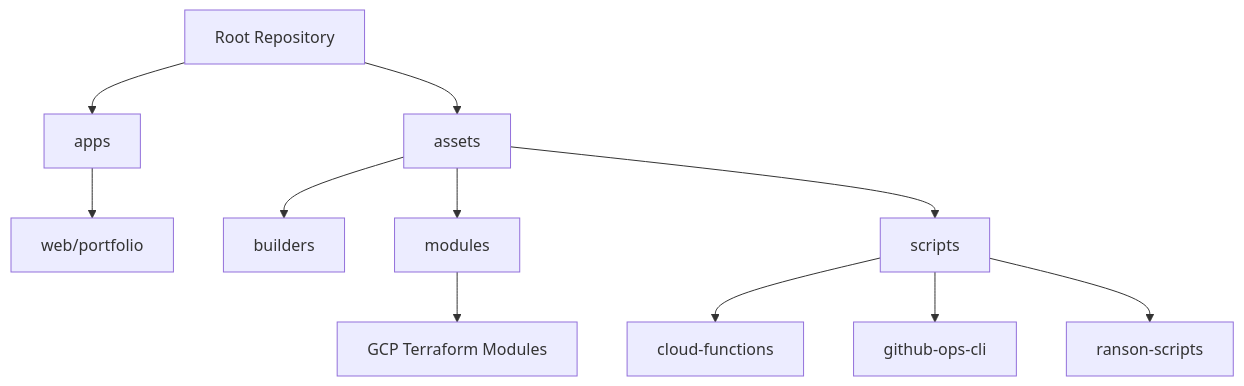
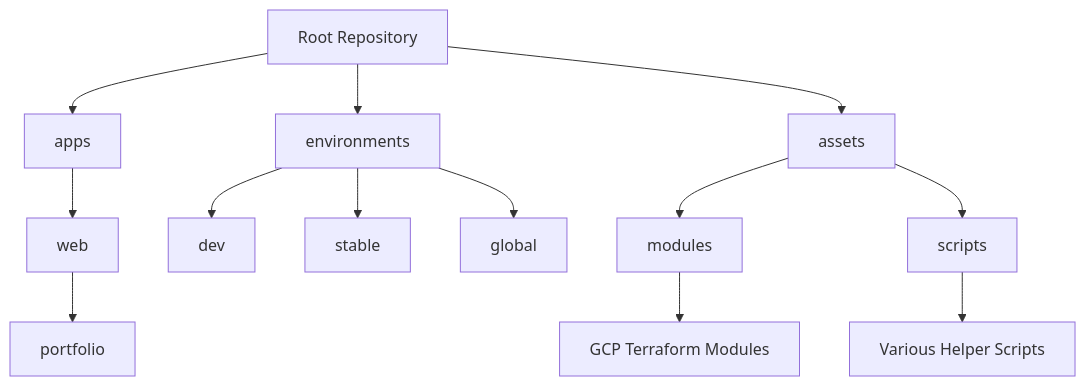
One commit to ranson21/portfolio changed the diagram in README.md. Above: the diagram before and after it, drawn with Mermaid. The commit also changed other lines of this file, not shown here.

````diff
--- a/README.md
+++ b/README.md
@@ -9,13 +9,15 @@
 ```mermaid
 graph TD
     A[Root Repository] --> B[apps]
+    B --> B1[web]
+    A --> G[environments]
+    G --> G3[dev]
+    G --> G1[stable]
+    G --> G2[global]
     A --> C[assets]
-    B --> B1[web/portfolio]
-    C --> D[builders]
+    B1 --> B2[portfolio]
     C --> E[modules]
     C --> F[scripts]
     E --> E1[GCP Terraform Modules]
-    F --> F1[cloud-functions]
-    F --> F2[github-ops-cli]
-    F --> F3[ranson-scripts]
+    F --> F1[Various Helper Scripts]
 ```
````
